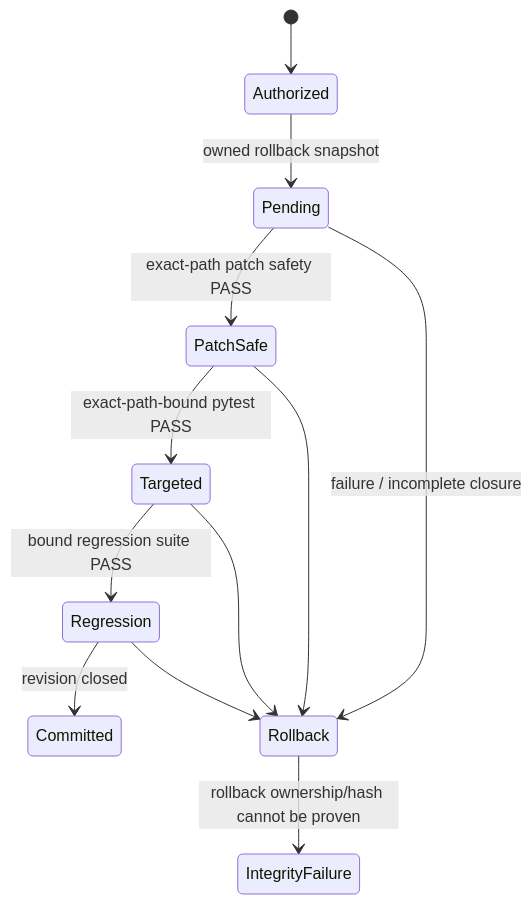
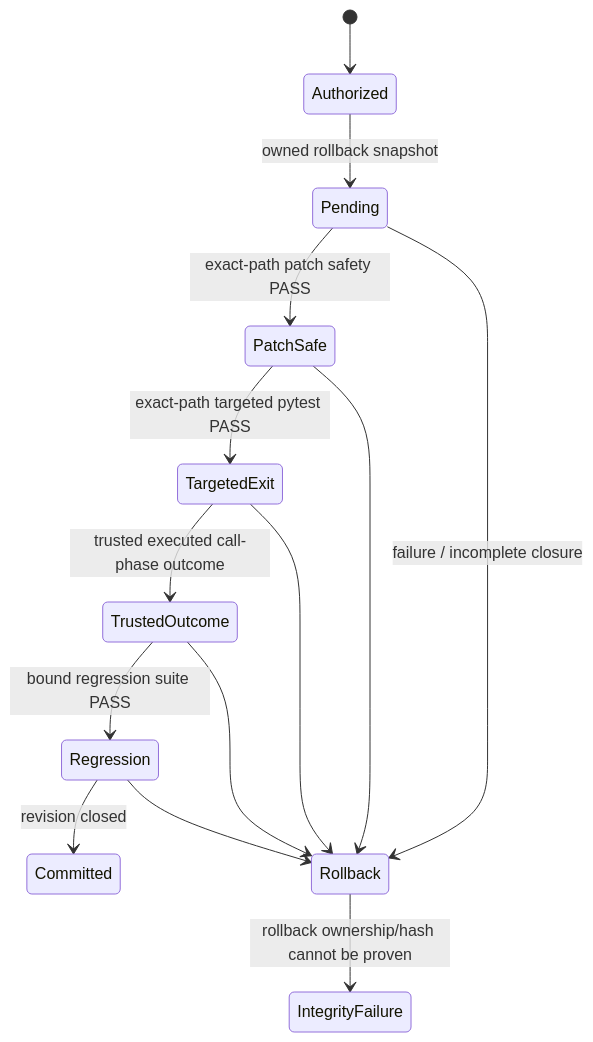
Before and after one commit to portyu9/ai-qa-automation: the diagram in docs/RESULT_CONTRACT.md, drawn with Mermaid. The commit also changed other lines of this file, not shown here.

Commit message:
Align result contract with repair and targeted authority

````diff
--- a/docs/RESULT_CONTRACT.md
+++ b/docs/RESULT_CONTRACT.md
@@ -118,18 +131,20 @@
 ```mermaid
 stateDiagram-v2
     accTitle: Revision-bound mutation transaction from authorization through rollback-backed validation closure
-    accDescr: An authorized mutation receives an owned rollback snapshot and enters a pending state. Exact-path patch safety, exact-path-bound targeted pytest, and one controller-bound reconciled full-regression suite must all pass before commit; failures or incomplete closure route to rollback, and unprovable rollback ownership or integrity escalates to infrastructure failure.
+    accDescr: An authorized mutation receives an owned rollback snapshot and enters a pending state. Exact-path patch safety, exact-path targeted pytest plus trusted out-of-process executed-test outcome authority, and one controller-bound reconciled full-regression suite must all pass before commit; failures or incomplete closure route to rollback, and unprovable rollback ownership or integrity escalates to infrastructure failure.
 
     [*] --> Authorized
     Authorized --> Pending: owned rollback snapshot
     Pending --> PatchSafe: exact-path patch safety PASS
-    PatchSafe --> Targeted: exact-path-bound pytest PASS
-    Targeted --> Regression: bound regression suite PASS
+    PatchSafe --> TargetedExit: exact-path targeted pytest PASS
+    TargetedExit --> TrustedOutcome: trusted executed call-phase outcome
+    TrustedOutcome --> Regression: bound regression suite PASS
     Regression --> Committed: revision closed
 
     Pending --> Rollback: failure / incomplete closure
     PatchSafe --> Rollback
-    Targeted --> Rollback
+    TargetedExit --> Rollback
+    TrustedOutcome --> Rollback
     Regression --> Rollback
     Rollback --> IntegrityFailure: rollback ownership/hash cannot be proven
 ```
````
